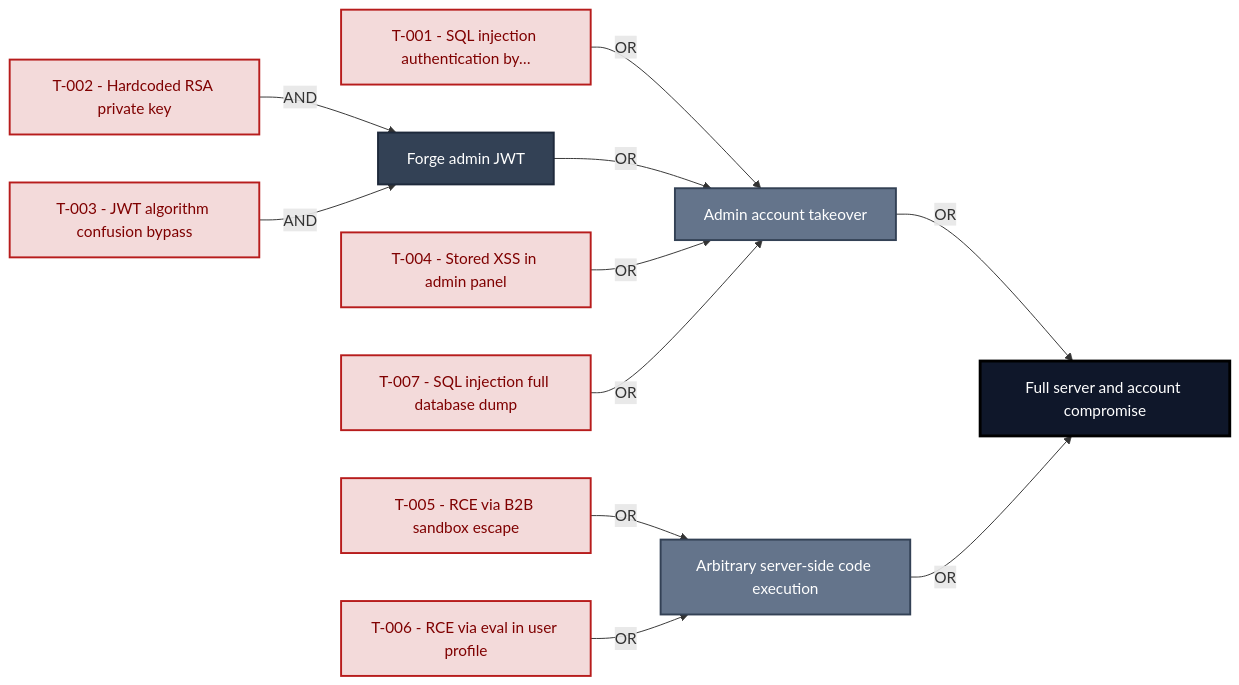
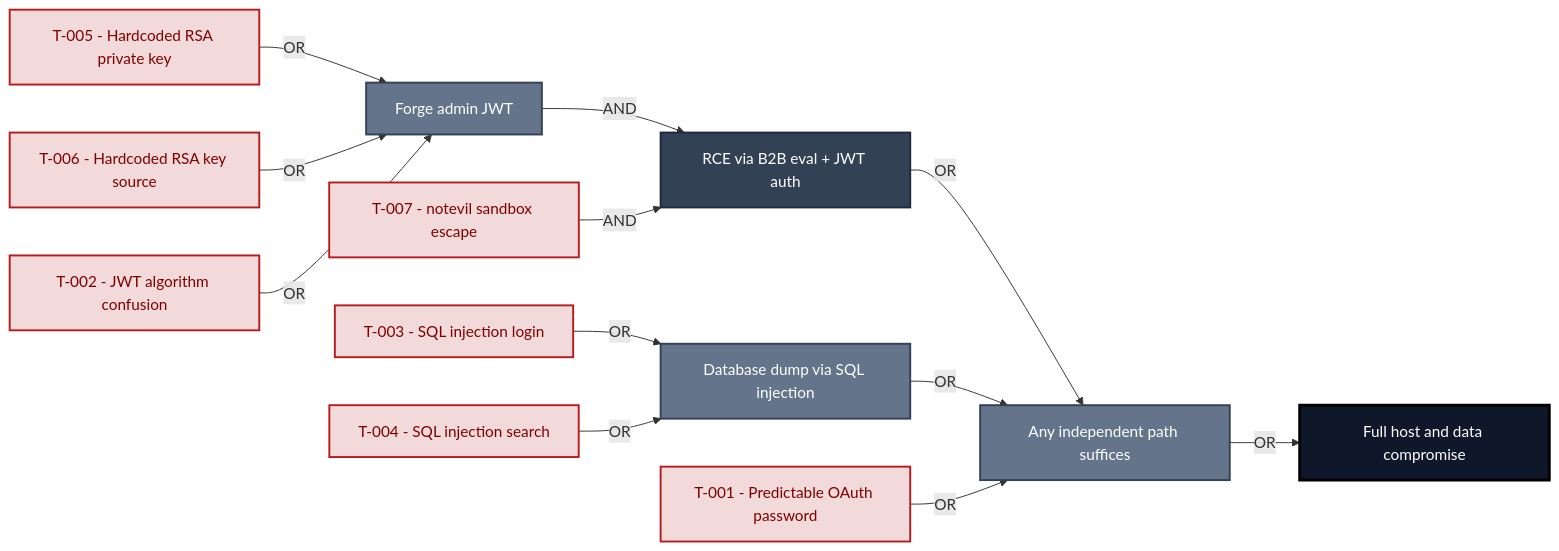
One commit to appsec-foundry/appsec-advisor changed the third of 18 diagrams in examples/threat-modeler/threat-model-juice-shop-standard.md. Above: the diagram before and after it, drawn with Mermaid. The commit also changed other lines of this file and 44 other files, not shown here.

````diff
--- a/examples/threat-modeler/threat-model-juice-shop-standard.md
+++ b/examples/threat-modeler/threat-model-juice-shop-standard.md
@@ -305,30 +297,32 @@
 ```mermaid
 graph LR
-    G_ROOT["Full server and account compromise"]:::goal
-    OR_ADMIN["Admin account takeover"]:::or_node
-    OR_RCE["Arbitrary server-side code execution"]:::or_node
-    AND_JWT["Forge admin JWT"]:::and_node
-    L_T001["T-001 - SQL injection authentication by…"]:::leaf
-    L_T002["T-002 - Hardcoded RSA private key"]:::leaf
-    L_T003["T-003 - JWT algorithm confusion bypass"]:::leaf
-    L_T004["T-004 - Stored XSS in admin panel"]:::leaf
-    L_T005["T-005 - RCE via B2B sandbox escape"]:::leaf
-    L_T006["T-006 - RCE via eval in user profile"]:::leaf
-    L_T007["T-007 - SQL injection full database dump"]:::leaf
+    G_ROOT["Full host and data compromise"]:::goal
+    OR_PATHS["Any independent path suffices"]:::or_node
+    AND_RCE["RCE via B2B eval + JWT auth"]:::and_node
+    OR_JWT["Forge admin JWT"]:::or_node
+    L_T005["T-005 - Hardcoded RSA private key"]:::leaf
+    L_T006["T-006 - Hardcoded RSA key source"]:::leaf
+    L_T002["T-002 - JWT algorithm confusion"]:::leaf
+    L_T007["T-007 - notevil sandbox escape"]:::leaf
+    OR_DB["Database dump via SQL injection"]:::or_node
+    L_T003["T-003 - SQL injection login"]:::leaf
+    L_T004["T-004 - SQL injection search"]:::leaf
+    L_T001["T-001 - Predictable OAuth password"]:::leaf
 
-    OR_ADMIN -->|"OR"| G_ROOT
-    OR_RCE -->|"OR"| G_ROOT
-    L_T001 -->|"OR"| OR_ADMIN
-    AND_JWT -->|"OR"| OR_ADMIN
-    L_T002 -->|"AND"| AND_JWT
-    L_T003 -->|"AND"| AND_JWT
-    L_T004 -->|"OR"| OR_ADMIN
-    L_T005 -->|"OR"| OR_RCE
-    L_T006 -->|"OR"| OR_RCE
-    L_T007 -->|"OR"| OR_ADMIN
+    OR_PATHS -->|"OR"| G_ROOT
+    AND_RCE -->|"OR"| OR_PATHS
+    OR_DB -->|"OR"| OR_PATHS
+    L_T001 -->|"OR"| OR_PATHS
+    OR_JWT -->|"AND"| AND_RCE
+    L_T007 -->|"AND"| AND_RCE
+    L_T005 -->|"OR"| OR_JWT
+    L_T006 -->|"OR"| OR_JWT
+    L_T002 -->|"OR"| OR_JWT
+    L_T003 -->|"OR"| OR_DB
+    L_T004 -->|"OR"| OR_DB
 
     classDef goal fill:#0f172a,stroke:#000,color:#fff,stroke-width:3px
     classDef and_node fill:#334155,stroke:#1e293b,color:#fff,stroke-width:2px
     classDef or_node fill:#64748b,stroke:#334155,color:#fff,stroke-width:2px
     classDef leaf fill:#f3dada,stroke:#b71c1c,color:#7f0000,stroke-width:2px
 ```
````
